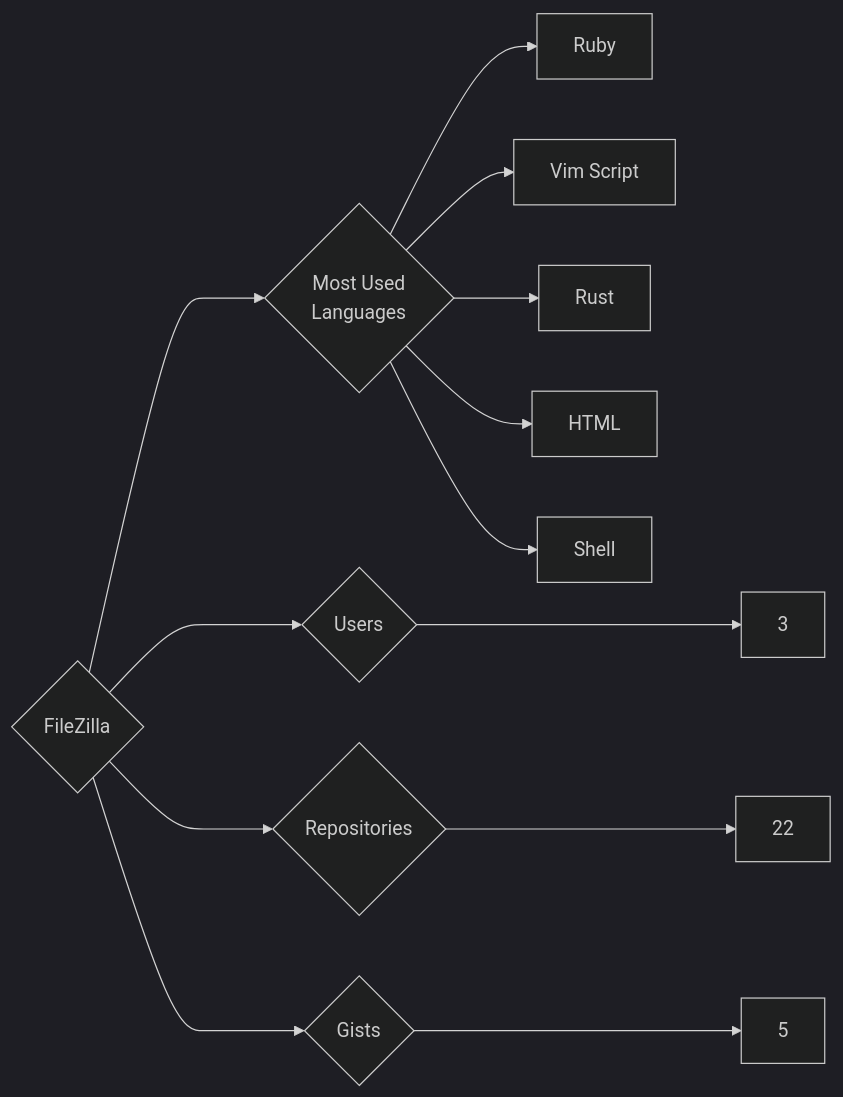
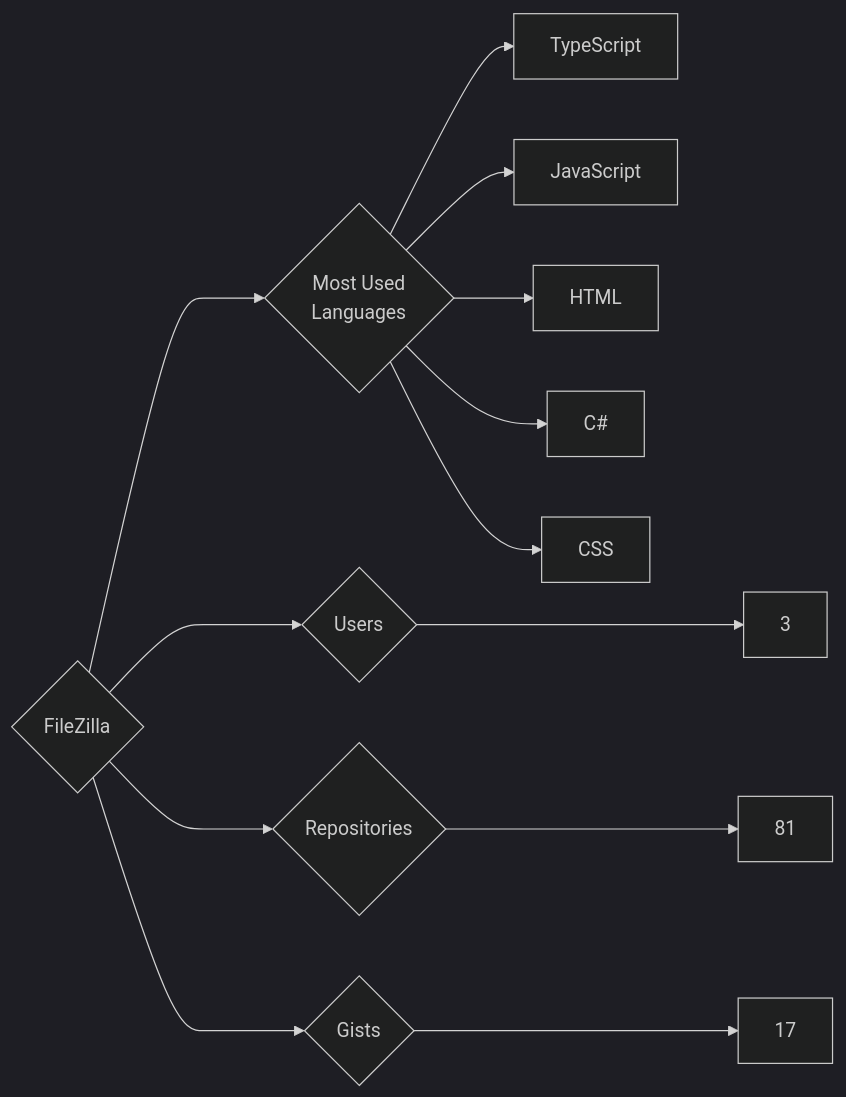
Before and after one commit to trickest/insiders: the diagram in targets/FileZilla/README.md, drawn with Mermaid (dark theme). The commit also changed 783 other files, not shown here.

````diff
--- a/targets/FileZilla/README.md
+++ b/targets/FileZilla/README.md
@@ -3,13 +3,13 @@
 ```mermaid
 graph LR
 COMPANY_NAME{FileZilla}
 COMPANY_NAME ---> U{Users} ---> UN[3]
-COMPANY_NAME ---> R{Repositories} ---> RN[22]
-COMPANY_NAME ---> G{Gists} ---> GN[5]
+COMPANY_NAME ---> R{Repositories} ---> RN[81]
+COMPANY_NAME ---> G{Gists} ---> GN[17]
 COMPANY_NAME ---> ML{Most Used<br>Languages}
-ML --> Ruby[Ruby]
-ML --> Vim_Script[Vim Script]
-ML --> Rust[Rust]
+ML --> TypeScript[TypeScript]
+ML --> JavaScript[JavaScript]
 ML --> HTML[HTML]
-ML --> Shell[Shell]
+ML --> C#[C#]
+ML --> CSS[CSS]
 ```
````
